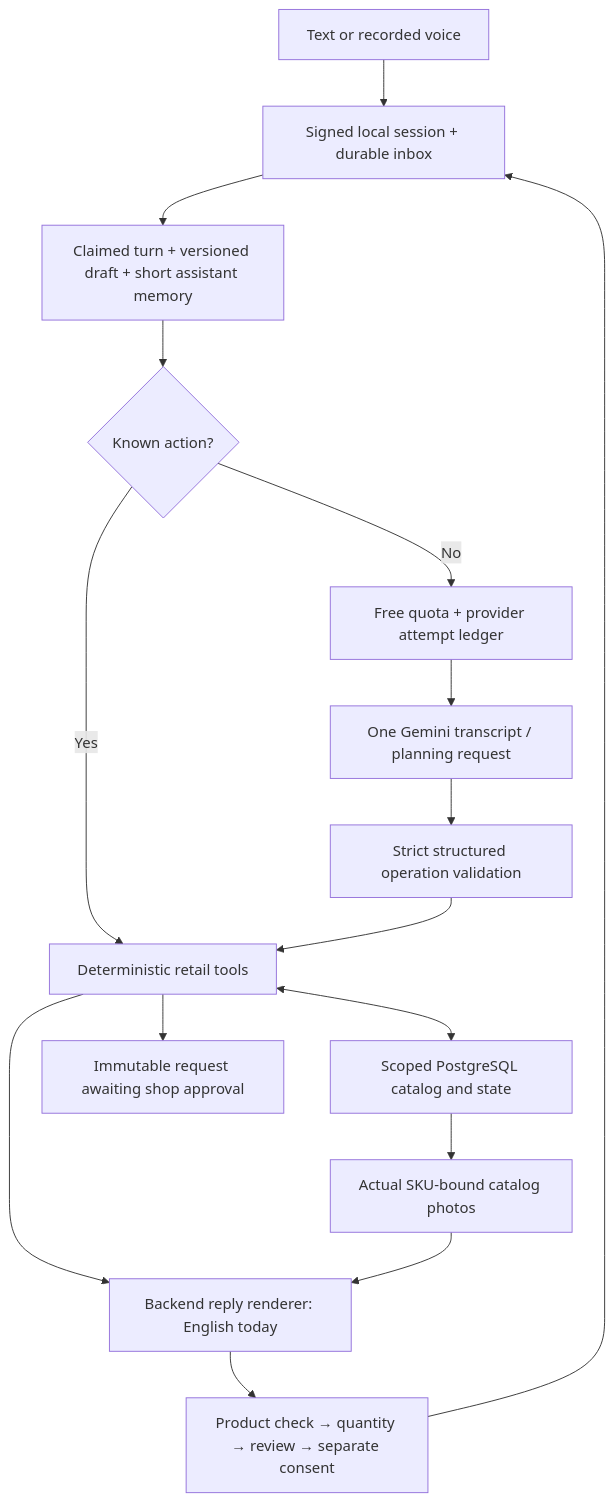
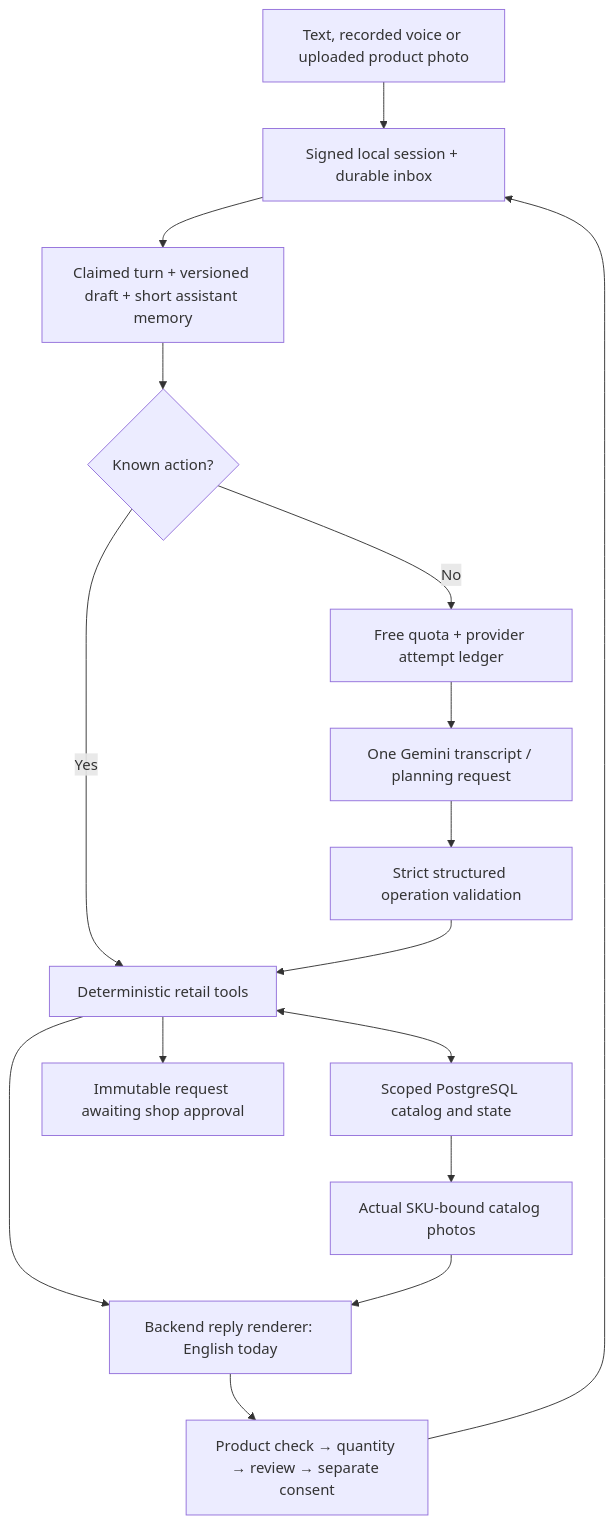
The diagram in 02-Build/shopbot-ai/ARCHITECTURE.md (sagomedia/agent-native-whatsapp-bot), drawn with Mermaid before and after one commit. The commit also changed other lines of this file and 21 other files, not shown here.

````diff
--- a/02-Build/shopbot-ai/ARCHITECTURE.md
+++ b/02-Build/shopbot-ai/ARCHITECTURE.md
@@ -5,18 +5,18 @@
 ```mermaid
 flowchart TD
-  Input[Text or recorded voice] --> Ingress[Signed local session + durable inbox]
+  Input[Text, recorded voice or uploaded product photo] --> Ingress[Signed local session + durable inbox]
   Ingress --> Runtime[Claimed turn + versioned draft + short assistant memory]
   Runtime --> Known{Known action?}
   Known -->|Yes| Tools[Deterministic retail tools]
   Known -->|No| Quota[Free quota + provider attempt ledger]
   Quota --> AI[One Gemini transcript / planning request]
   AI --> Validate[Strict structured operation validation]
   Validate --> Tools
   Tools <--> SQL[Scoped PostgreSQL catalog and state]
   SQL --> Photos[Actual SKU-bound catalog photos]
   Tools --> Reply[Backend reply renderer: English today]
   Photos --> Reply
   Reply --> Customer[Product check → quantity → review → separate consent]
   Customer --> Ingress
   Tools --> Request[Immutable request awaiting shop approval]
 ```
````
